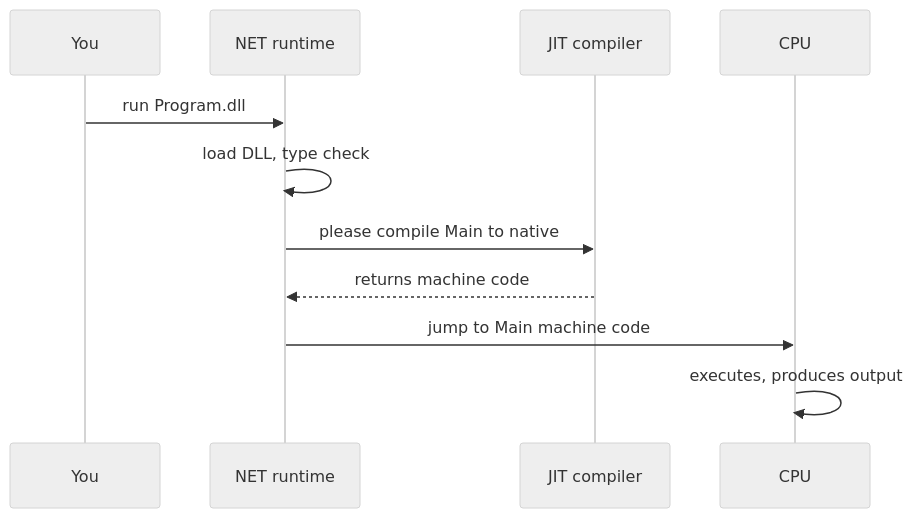
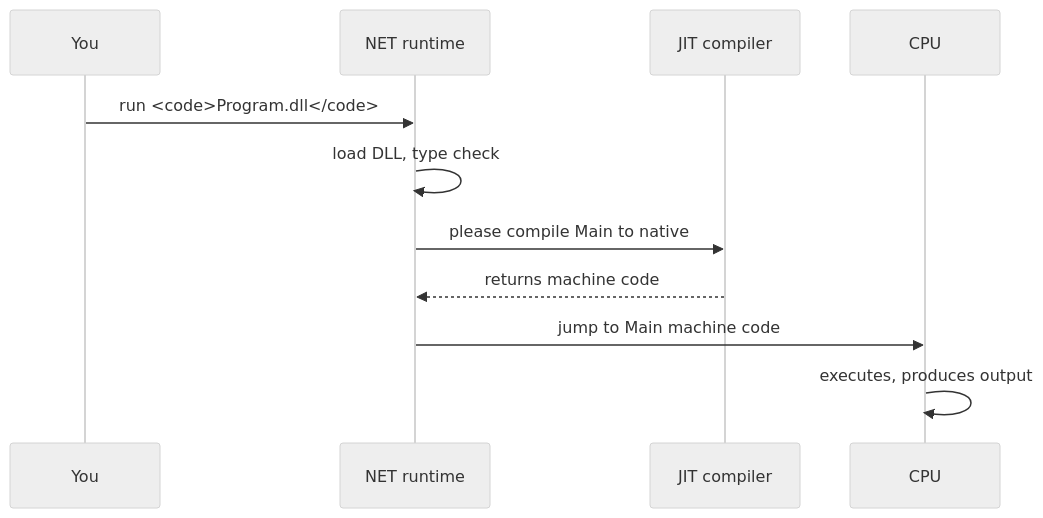
The second of 5 diagrams in content/courses/intro-modern-csharp/how-programs-execute.mdx (dataslope/dataslope), drawn with Mermaid (neutral theme) before and after one commit. The commit also changed other lines of this file and 65 other files, not shown here.

First line of the commit message:
Set code in every mermaid label in the mono face

````diff
--- a/content/courses/intro-modern-csharp/how-programs-execute.mdx
+++ b/content/courses/intro-modern-csharp/how-programs-execute.mdx
@@ -152,13 +152,13 @@
 ```mermaid
 sequenceDiagram
     participant U as You
     participant CLR as NET runtime
     participant JIT as JIT compiler
     participant CPU as CPU
-    U->>CLR: run Program.dll
+    U->>CLR: run <code>Program.dll</code>
     CLR->>CLR: load DLL, type check
     CLR->>JIT: please compile Main to native
     JIT-->>CLR: returns machine code
     CLR->>CPU: jump to Main machine code
     CPU->>CPU: executes, produces output
 ```
````
